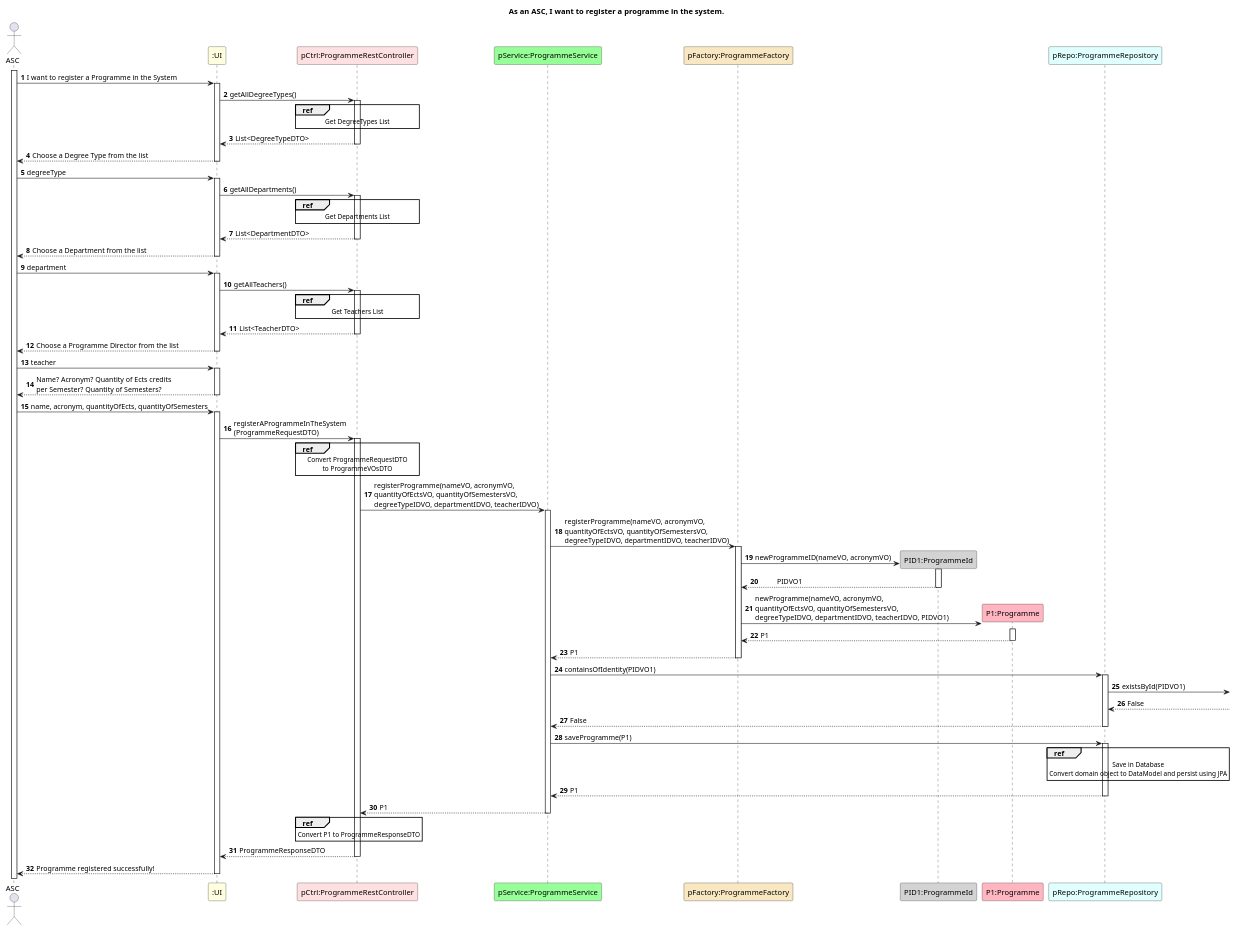
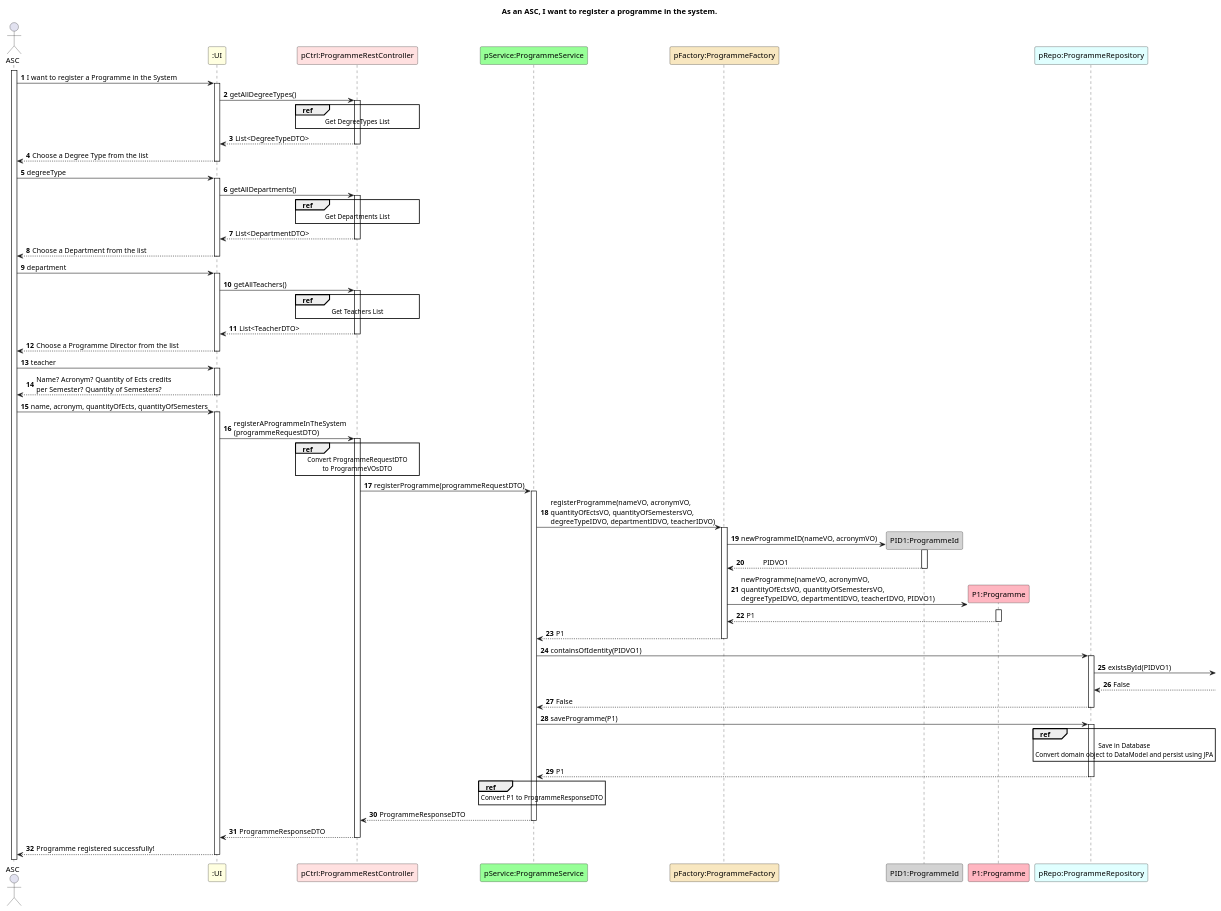
One commit to GasparISEP/DevOps-PAI changed the diagram in docs/US31/ProcessView/Level4/RegisterAProgrammeInTheSystemSequenceDiagram.puml. Above: the diagram before and after it, drawn with PlantUML. The commit also changed 5 other files, not shown here.

Commit message:
Corrections to registerProgramme's Process Lvl4 Diagrams, #505, #523

```diff
--- a/docs/US31/ProcessView/Level4/RegisterAProgrammeInTheSystemSequenceDiagram.puml
+++ b/docs/US31/ProcessView/Level4/RegisterAProgrammeInTheSystemSequenceDiagram.puml
@@ -1,102 +1,102 @@
 @startuml
 autonumber
 
 title As an ASC, I want to register a programme in the system.
 
 actor ASC as Admin
 
 participant ":UI" as UI #lightyellow
 participant "pCtrl:ProgrammeRestController" as C #implementation
 participant "pService:ProgrammeService" as PS #physical
 participant "pFactory:ProgrammeFactory" as PF #strategy
 participant "PID1:ProgrammeId" as PID #lightgrey
 participant "P1:Programme" as P #lightpink
 participant "pRepo:ProgrammeRepository" as PR #lightcyan
 
 activate Admin
 Admin -> UI ++: I want to register a Programme in the System
 
 UI -> C ++: getAllDegreeTypes()
 
 ref over C
           Get DegreeTypes List
 end ref
 
 C --> UI --: List<DegreeTypeDTO>
 
 UI --> Admin --: Choose a Degree Type from the list
 
 Admin -> UI ++: degreeType
 
 UI -> C ++: getAllDepartments()
 
 ref over C
           Get Departments List
 end ref
 
 C --> UI --: List<DepartmentDTO>
 
 UI --> Admin --: Choose a Department from the list
 
 Admin -> UI ++: department
 
 UI -> C ++: getAllTeachers()
 
 ref over C
           Get Teachers List
 end ref
 
 C --> UI --: List<TeacherDTO>
 
 UI --> Admin --: Choose a Programme Director from the list
 
 Admin -> UI ++: teacher
 
 UI --> Admin --: Name? Acronym? Quantity of Ects credits\nper Semester? Quantity of Semesters?
 
 Admin -> UI ++: name, acronym, quantityOfEcts, quantityOfSemesters
 
-UI -> C ++: registerAProgrammeInTheSystem \n(ProgrammeRequestDTO)
+UI -> C ++: registerAProgrammeInTheSystem \n(programmeRequestDTO)
 
 ref over C
     Convert ProgrammeRequestDTO
     to ProgrammeVOsDTO
 end ref
 
-C -> PS ++: registerProgramme(nameVO, acronymVO, \nquantityOfEctsVO, quantityOfSemestersVO, \ndegreeTypeIDVO, departmentIDVO, teacherIDVO)
+C -> PS ++: registerProgramme(programmeRequestDTO)
 
 PS -> PF ++: registerProgramme(nameVO, acronymVO, \nquantityOfEctsVO, quantityOfSemestersVO, \ndegreeTypeIDVO, departmentIDVO, teacherIDVO)
 
 PF -> PID **: newProgrammeID(nameVO, acronymVO)
 activate PID
 PID --> PF --: \t PIDVO1
 PF -> P **: newProgramme(nameVO, acronymVO, \nquantityOfEctsVO, quantityOfSemestersVO, \ndegreeTypeIDVO, departmentIDVO, teacherIDVO, PIDVO1)
 activate P
 
 P --> PF --: P1
 PF --> PS --: P1
 
 PS -> PR++ :containsOfIdentity(PIDVO1)
 PR -> : existsById(PIDVO1)
 PR <-- : False
 PR --> PS-- : False
 PS -> PR ++: saveProgramme(P1)
 
 ref over PR
     Save in Database
     Convert domain object to DataModel and persist using JPA
 end ref
 
 PR --> PS --: P1
 
-PS --> C --: P1
-
-ref over C
+ref over PS
     Convert P1 to ProgrammeResponseDTO
 end ref
+
+PS --> C --: ProgrammeResponseDTO
 
 C --> UI --: ProgrammeResponseDTO
 
 UI --> Admin --: Programme registered successfully!
 
 @enduml
```
